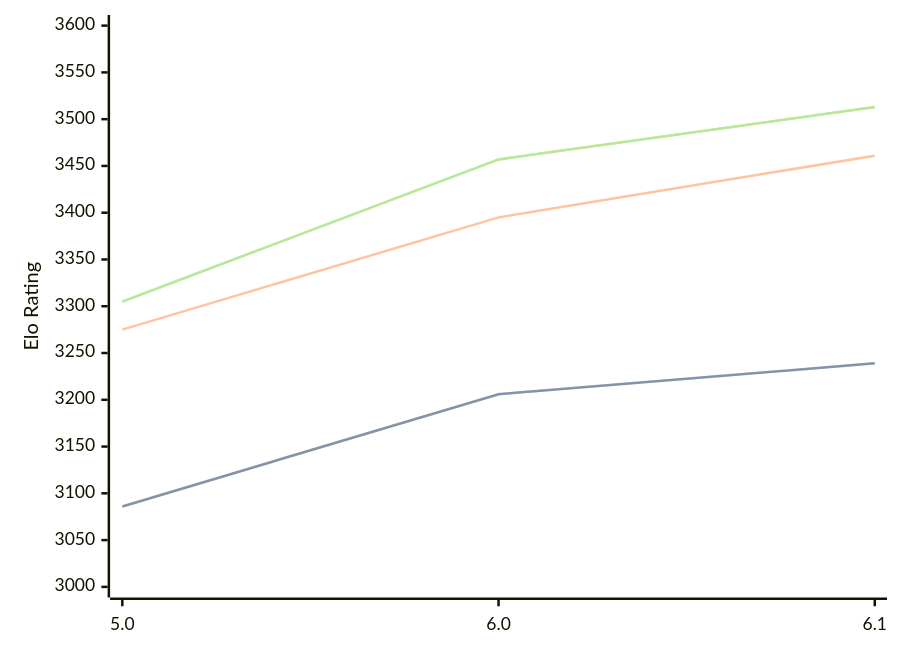
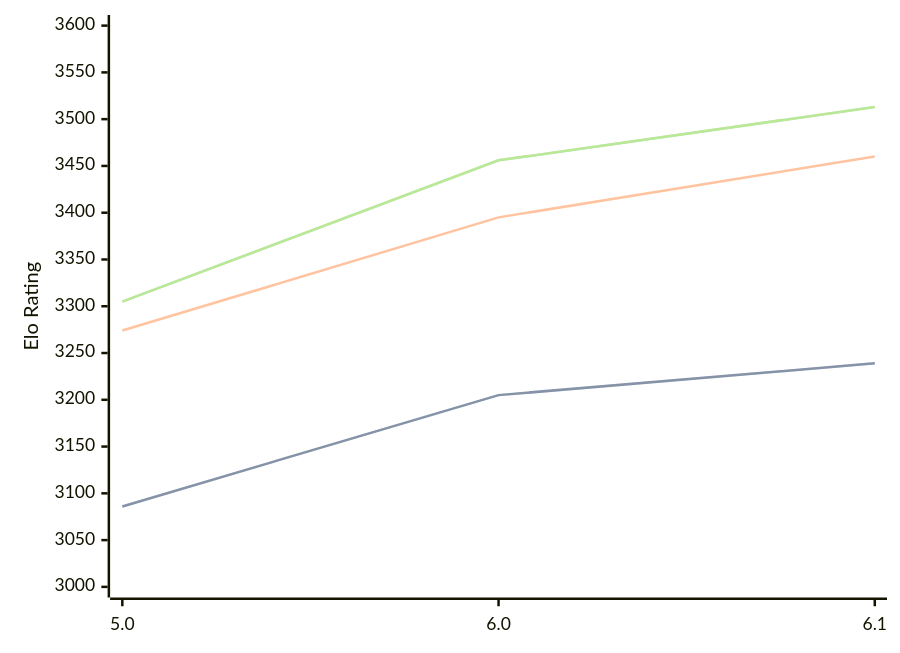
One commit to computer-chess-index/cci changed the diagram in engines/PZChessBot.md. Above: the diagram before and after it, drawn with Mermaid. The commit also changed other lines of this file, not shown here.

Commit message:
Update CCI Ratings (ELO VLTC) - 2026-03-15

````diff
--- a/engines/PZChessBot.md
+++ b/engines/PZChessBot.md
@@ -40,11 +40,11 @@
 ```mermaid
 %%{init: {"theme":"base","themeVariables":{"seriesColors:['#a3a3a3','#222221','#faa371']}}}%%
 xychart-beta
   x-axis ["5.0", "6.0", "6.1"]
   y-axis "Elo Rating" 3000 --> 3600
-  line "STC (8.0+0.08s)" [3086, 3206, 3239]
-  line "STC (8.0+0.08s)" [3086, 3206, 3239]
-  line "LTC (60.0+0.60s)" [3275, 3395, 3461]
-  line "VLTC (2m24s+1.12s)" [3305, 3457, 3513]
-  line "VLTC (2m24s+1.12s)" [3305, 3457, 3513]
+  line "STC (8.0+0.08s)" [3086, 3205, 3239]
+  line "STC (8.0+0.08s)" [3086, 3205, 3239]
+  line "LTC (60.0+0.60s)" [3274, 3395, 3460]
+  line "VLTC (2m24s+1.12s)" [3305, 3456, 3513]
+  line "VLTC (2m24s+1.12s)" [3305, 3456, 3513]
 ```
````
